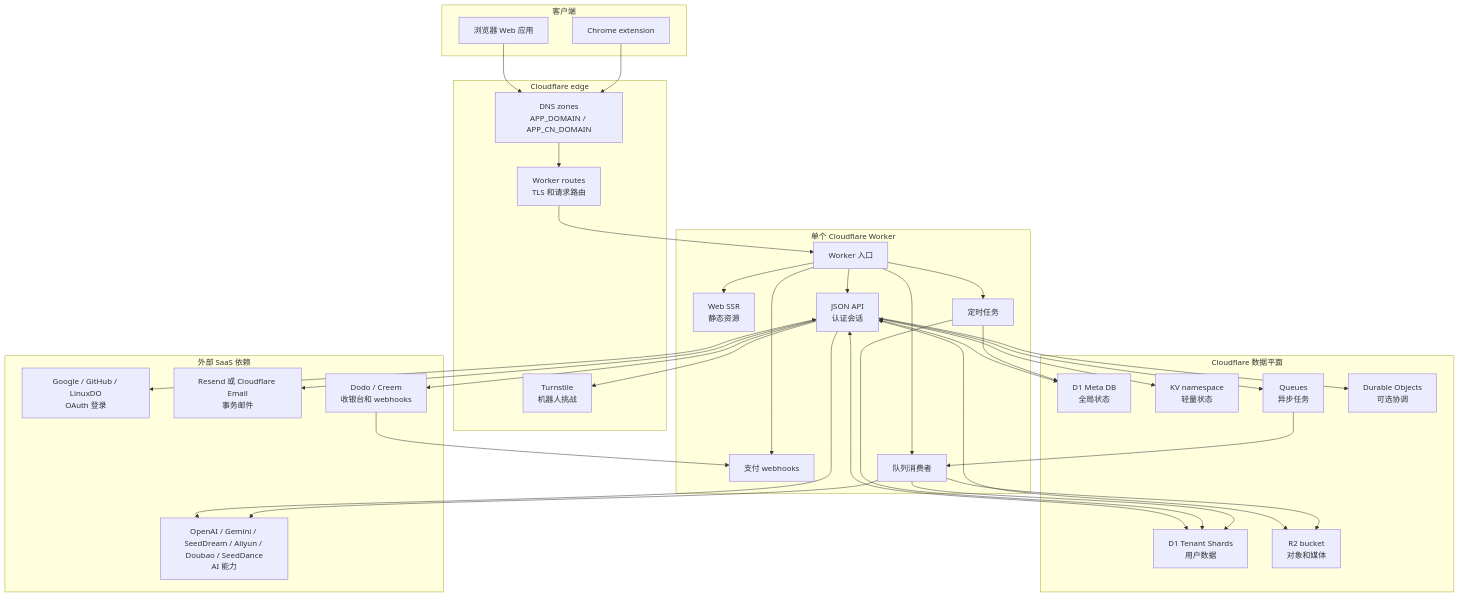
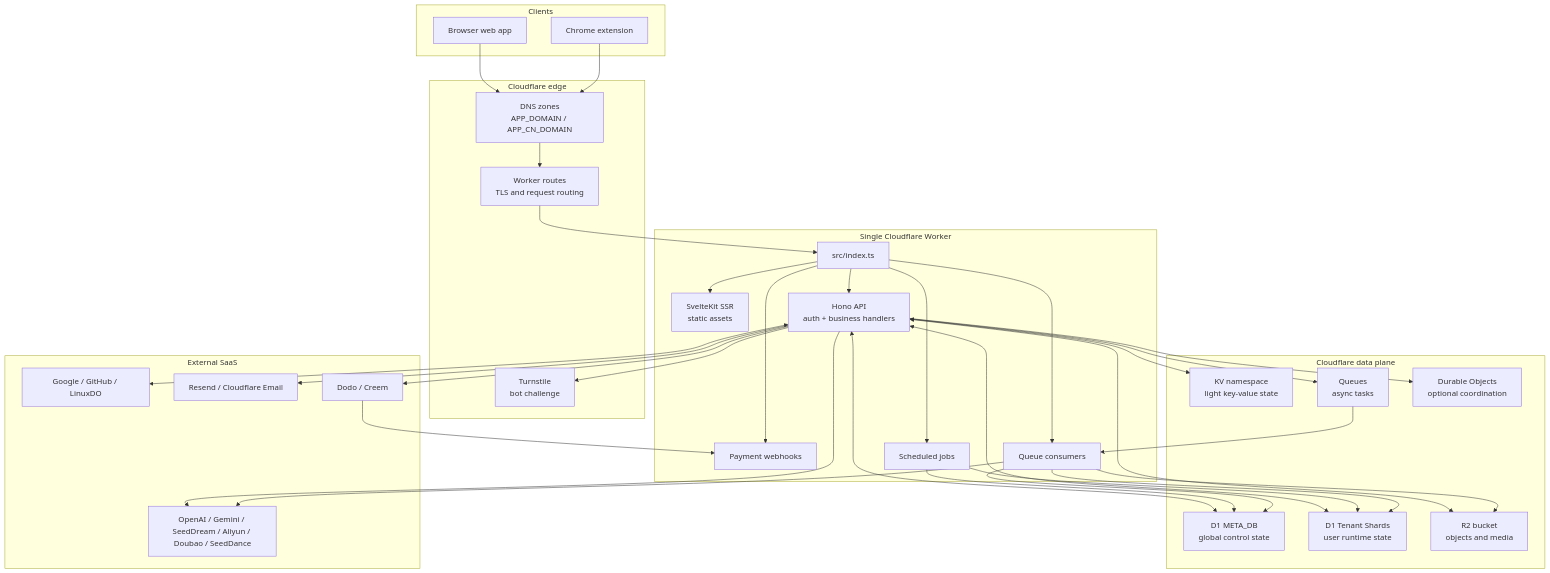
One commit to glidea/opcstack changed the diagram in public-docs/zh/guides/deployment.md. Above: the diagram before and after it, drawn with Mermaid. The commit also changed other lines of this file and 48 other files, not shown here.

````diff
--- a/public-docs/zh/guides/deployment.md
+++ b/public-docs/zh/guides/deployment.md
@@ -14,70 +16,71 @@
 ```mermaid
 flowchart TB
-  subgraph Clients["客户端"]
-    Browser["浏览器 Web 应用"]
+  subgraph Clients["Clients"]
+    Browser["Browser web app"]
     Extension["Chrome extension"]
   end
 
   subgraph Edge["Cloudflare edge"]
     DNS["DNS zones<br/>APP_DOMAIN / APP_CN_DOMAIN"]
-    Routes["Worker routes<br/>TLS 和请求路由"]
-    Turnstile["Turnstile<br/>机器人挑战"]
+    Routes["Worker routes<br/>TLS and request routing"]
+    Turnstile["Turnstile<br/>bot challenge"]
   end
 
-  subgraph Worker["单个 Cloudflare Worker"]
-    Entry["Worker 入口"]
-    Web["Web SSR<br/>静态资源"]
-    API["JSON API<br/>认证会话"]
-    Webhooks["支付 webhooks"]
-    Cron["定时任务"]
-    Consumers["队列消费者"]
+  subgraph Worker["Single Cloudflare Worker"]
+    Entry["src/index.ts"]
+    Web["SvelteKit SSR<br/>static assets"]
+    API["Hono API<br/>auth + business handlers"]
+    Webhooks["Payment webhooks"]
+    Cron["Scheduled jobs"]
+    Consumers["Queue consumers"]
   end
 
-  subgraph Data["Cloudflare 数据平面"]
-    Meta["D1 Meta DB<br/>全局状态"]
-    Shards["D1 Tenant Shards<br/>用户数据"]
-    R2["R2 bucket<br/>对象和媒体"]
-    KV["KV namespace<br/>轻量状态"]
-    Queues["Queues<br/>异步任务"]
-    DO["Durable Objects<br/>可选协调"]
+  subgraph Data["Cloudflare data plane"]
+    Meta["D1 META_DB<br/>global control state"]
+    Shards["D1 Tenant Shards<br/>user runtime state"]
+    R2["R2 bucket<br/>objects and media"]
+    KV["KV namespace<br/>light key-value state"]
+    Queues["Queues<br/>async tasks"]
+    DO["Durable Objects<br/>optional coordination"]
   end
 
-  subgraph SaaS["外部 SaaS 依赖"]
-    OAuth["Google / GitHub / LinuxDO<br/>OAuth 登录"]
-    Email["Resend 或 Cloudflare Email<br/>事务邮件"]
-    Payment["Dodo / Creem<br/>收银台和 webhooks"]
-    AI["OpenAI / Gemini / SeedDream / Aliyun / Doubao / SeedDance<br/>AI 能力"]
+  subgraph SaaS["External SaaS"]
+    OAuth["Google / GitHub / LinuxDO"]
+    Email["Resend / Cloudflare Email"]
+    Payment["Dodo / Creem"]
+    AI["OpenAI / Gemini / SeedDream / Aliyun / Doubao / SeedDance"]
   end
 
   Browser --> DNS
   Extension --> DNS
   DNS --> Routes
   Routes --> Entry
 
   Entry --> Web
   Entry --> API
   Entry --> Webhooks
   Entry --> Cron
   Entry --> Consumers
 
   API --> Turnstile
   API <--> Meta
   API <--> Shards
   API <--> R2
   API <--> KV
   API --> Queues
   API --> DO
 
   Cron --> Meta
   Cron --> Shards
+  Consumers --> Meta
   Consumers --> Shards
   Consumers --> R2
   Queues --> Consumers
 
   API <--> OAuth
   API --> Email
   API --> Payment
   Payment --> Webhooks
   API --> AI
   Consumers --> AI
 ```
````
